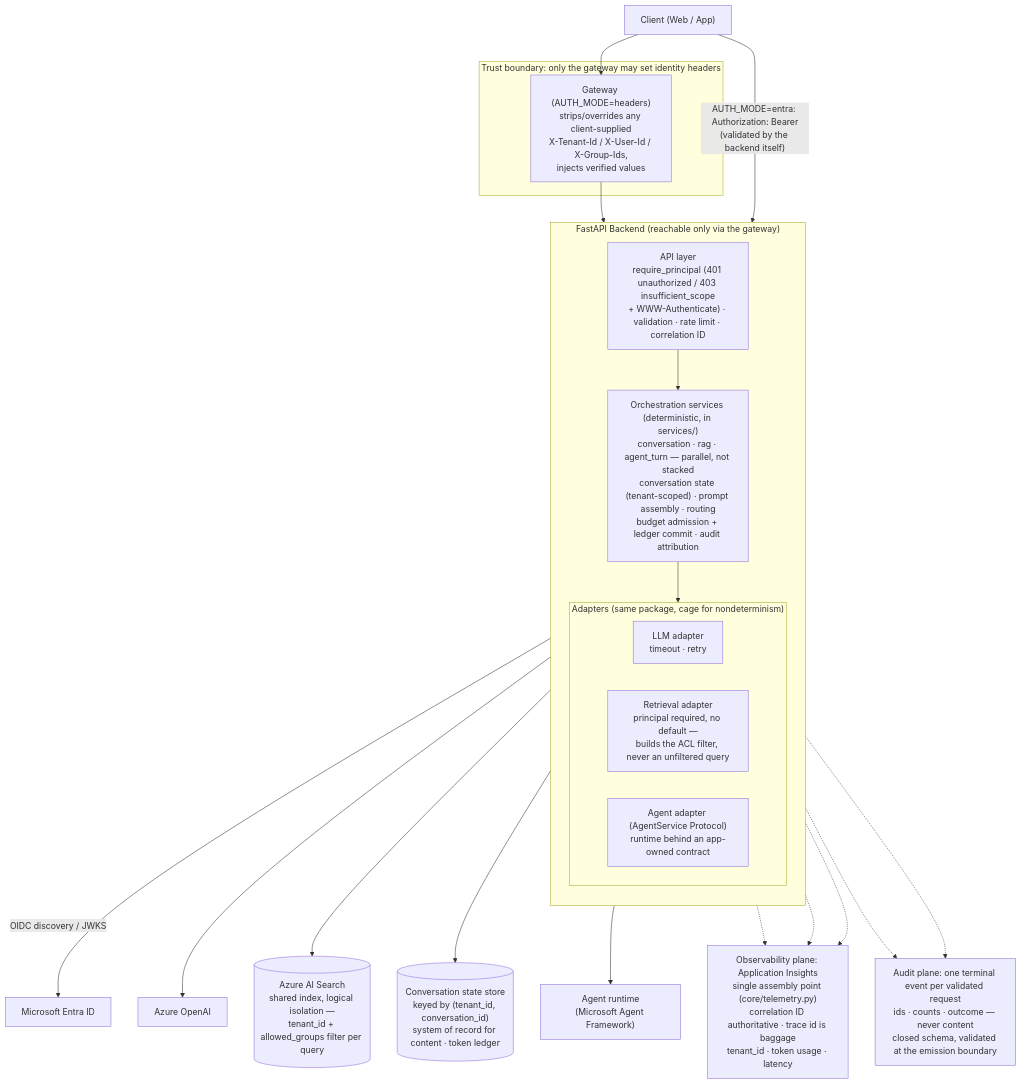
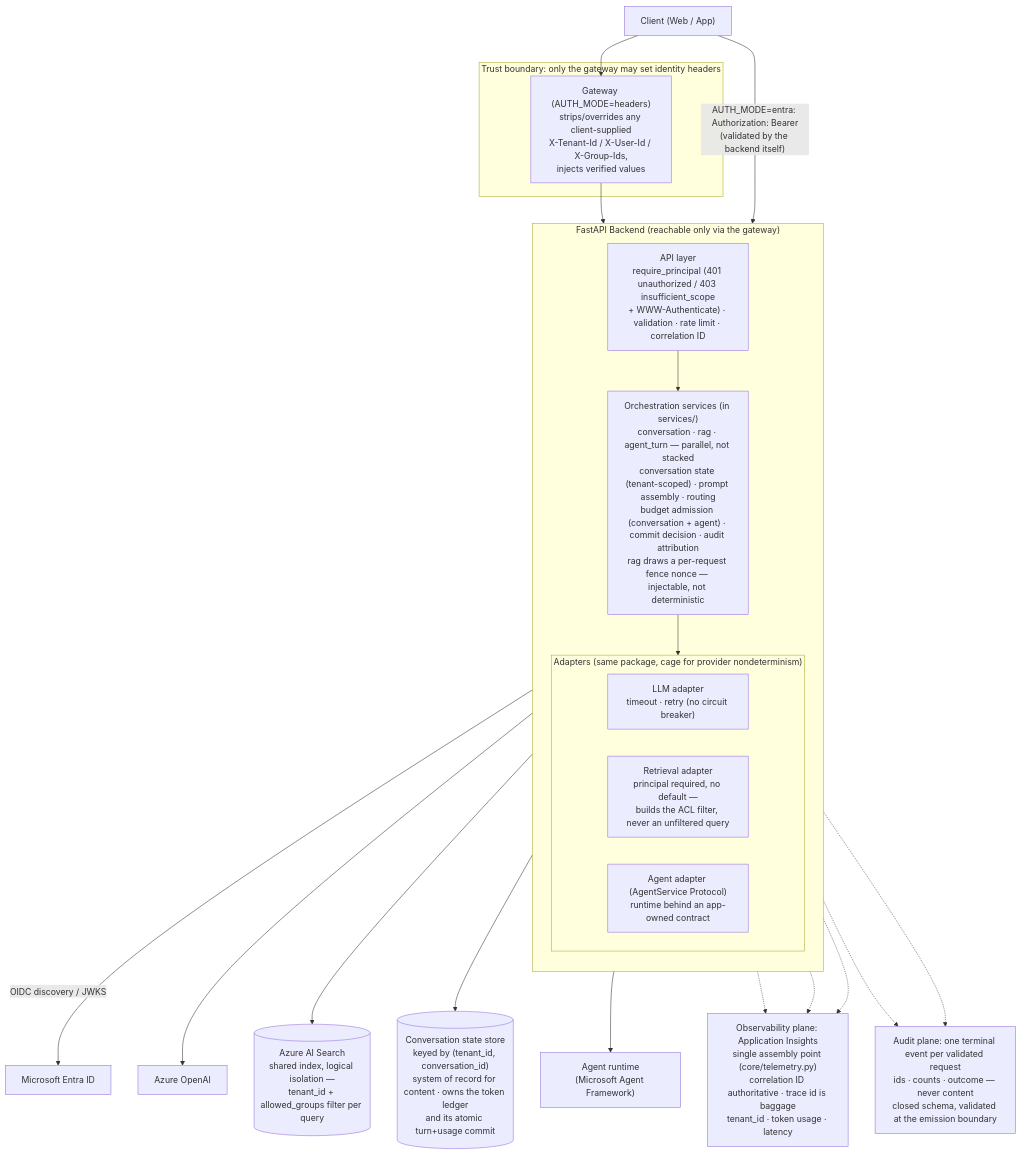
One commit to kehao-playground/azure-genai-backend-lab changed the diagram in docs/diagrams/reference-architecture.md. Above: the diagram before and after it, drawn with Mermaid. The commit also changed 7 other files, not shown here.

First line of the commit message:
docs: correct the architecture map's remaining false claims and make the boundary diagram readable

````diff
--- a/docs/diagrams/reference-architecture.md
+++ b/docs/diagrams/reference-architecture.md
@@ -5,37 +5,37 @@
 ```mermaid
 flowchart TB
     Client["Client (Web / App)"]
 
     subgraph TrustBoundary["Trust boundary: only the gateway may set identity headers"]
         GW["Gateway (AUTH_MODE=headers)<br/>strips/overrides any client-supplied<br/>X-Tenant-Id / X-User-Id / X-Group-Ids,<br/>injects verified values"]
     end
 
     subgraph Backend["FastAPI Backend (reachable only via the gateway)"]
         direction TB
         APIL["API layer<br/>require_principal (401 unauthorized / 403 insufficient_scope<br/>+ WWW-Authenticate) · validation · rate limit · correlation ID"]
-        Orch["Orchestration services (deterministic, in services/)<br/>conversation · rag · agent_turn — parallel, not stacked<br/>conversation state (tenant-scoped) · prompt assembly · routing<br/>budget admission + ledger commit · audit attribution"]
-        subgraph Adapters["Adapters (same package, cage for nondeterminism)"]
+        Orch["Orchestration services (in services/)<br/>conversation · rag · agent_turn — parallel, not stacked<br/>conversation state (tenant-scoped) · prompt assembly · routing<br/>budget admission (conversation + agent) · commit decision · audit attribution<br/>rag draws a per-request fence nonce — injectable, not deterministic"]
+        subgraph Adapters["Adapters (same package, cage for provider nondeterminism)"]
             direction LR
-            LLMA["LLM adapter<br/>timeout · retry"]
+            LLMA["LLM adapter<br/>timeout · retry (no circuit breaker)"]
             RetA["Retrieval adapter<br/>principal required, no default —<br/>builds the ACL filter, never an unfiltered query"]
             AgtA["Agent adapter (AgentService Protocol)<br/>runtime behind an app-owned contract"]
         end
         APIL --> Orch --> Adapters
     end
 
     Client --> GW --> APIL
     Client -->|"AUTH_MODE=entra: Authorization: Bearer<br/>(validated by the backend itself)"| APIL
     APIL -->|OIDC discovery / JWKS| Entra["Microsoft Entra ID"]
     LLMA --> AOAI["Azure OpenAI"]
     RetA --> Search[("Azure AI Search<br/>shared index, logical isolation —<br/>tenant_id + allowed_groups filter per query")]
-    Orch --> State[("Conversation state store<br/>keyed by (tenant_id, conversation_id)<br/>system of record for content · token ledger")]
+    Orch --> State[("Conversation state store<br/>keyed by (tenant_id, conversation_id)<br/>system of record for content · owns the token ledger<br/>and its atomic turn+usage commit")]
     AgtA --> Runtime["Agent runtime<br/>(Microsoft Agent Framework)"]
 
     Obs["Observability plane: Application Insights<br/>single assembly point (core/telemetry.py)<br/>correlation ID authoritative · trace id is baggage<br/>tenant_id · token usage · latency"]
     Aud["Audit plane: one terminal event per validated request<br/>ids · counts · outcome — never content<br/>closed schema, validated at the emission boundary"]
     APIL -.-> Obs
     Orch -.-> Obs
     Adapters -.-> Obs
     APIL -.-> Aud
     Orch -.-> Aud
 ```
````
